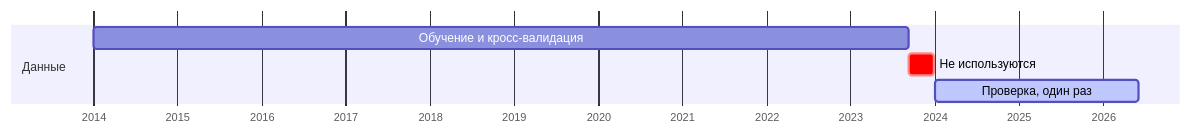
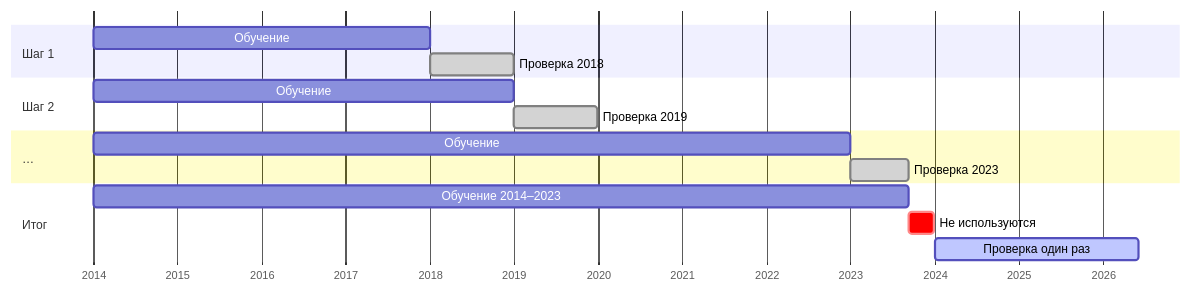
The diagram in research/HYPOTHESES.md (alferova-tv/Jessica-invest-assistant), drawn with Mermaid before and after one commit. The commit also changed other lines of this file, not shown here.

````diff
--- a/research/HYPOTHESES.md
+++ b/research/HYPOTHESES.md
@@ -164,9 +152,19 @@
 ```mermaid
 gantt
     dateFormat YYYY-MM-DD
     axisFormat %Y
-    section Данные
-    Обучение и кросс-валидация :2014-01-01, 2023-09-10
-    Не используются            :crit, 2023-09-11, 2023-12-31
-    Проверка, один раз         :active, 2024-01-01, 2026-06-05
+    todayMarker off
+    section Шаг 1
+    Обучение        :a1, 2014-01-01, 2017-12-31
+    Проверка 2018   :done, b1, 2018-01-01, 2018-12-31
+    section Шаг 2
+    Обучение        :a2, 2014-01-01, 2018-12-31
+    Проверка 2019   :done, b2, 2019-01-01, 2019-12-31
+    section …
+    Обучение        :a3, 2014-01-01, 2022-12-31
+    Проверка 2023   :done, b3, 2023-01-01, 2023-09-10
+    section Итог
+    Обучение 2014–2023      :a4, 2014-01-01, 2023-09-10
+    Не используются         :crit, g, 2023-09-11, 2023-12-31
+    Проверка один раз       :active, t, 2024-01-01, 2026-06-05
 ```
````
